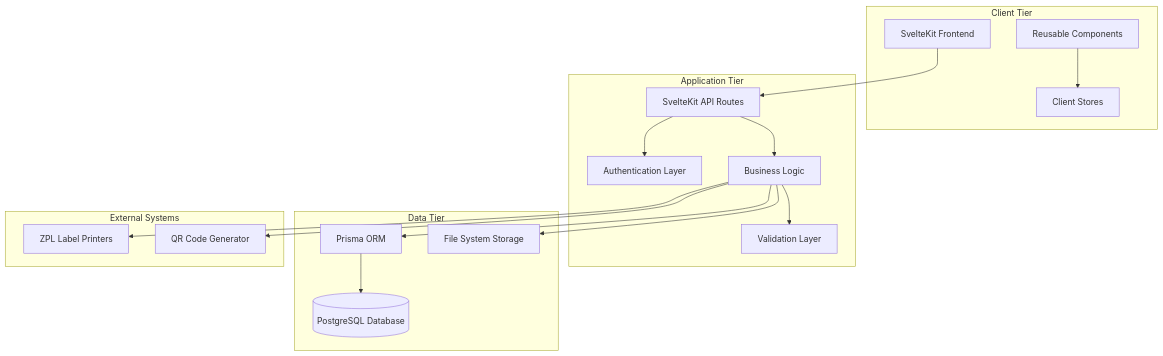
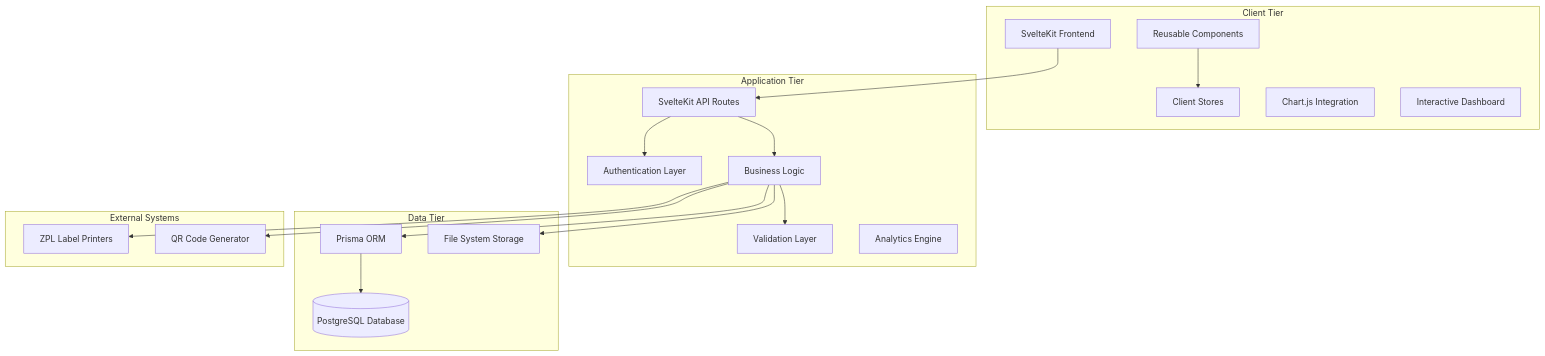
Before and after one commit to JayeshKakkad-Rotoclear/Etikettdruck: the diagram in docs/architecture/02-technical-architecture.md, drawn with Mermaid. The commit also changed other lines of this file and 5 other files, not shown here.

````diff
--- a/docs/architecture/02-technical-architecture.md
+++ b/docs/architecture/02-technical-architecture.md
@@ -9,37 +9,40 @@
 ```mermaid
 graph TB
     subgraph "Client Tier"
         UI[SvelteKit Frontend]
         COMP[Reusable Components]
         STORE[Client Stores]
+        CHARTS[Chart.js Integration]
+        DASHBOARD[Interactive Dashboard]
     end
     
     subgraph "Application Tier"
         API[SvelteKit API Routes]
         AUTH[Authentication Layer]
         BL[Business Logic]
         VALID[Validation Layer]
+        ANALYTICS[Analytics Engine]
     end
     
     subgraph "Data Tier"
         DB[(PostgreSQL Database)]
         PRISMA[Prisma ORM]
         FILES[File System Storage]
     end
     
     subgraph "External Systems"
         PRINTER[ZPL Label Printers]
         QR[QR Code Generator]
     end
     
     UI --> API
     COMP --> STORE
     API --> AUTH
     API --> BL
     BL --> VALID
     BL --> PRISMA
     PRISMA --> DB
     BL --> FILES
     BL --> PRINTER
     BL --> QR
 ```
````
